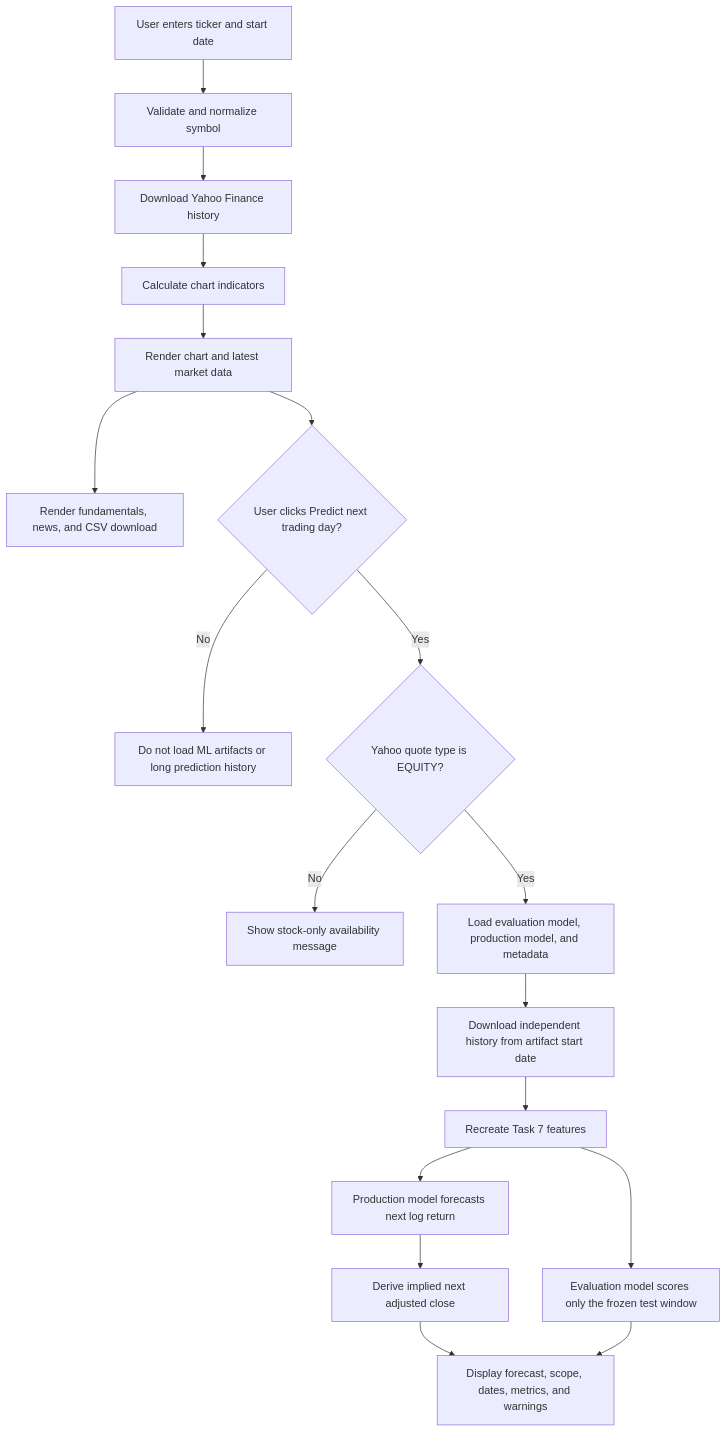
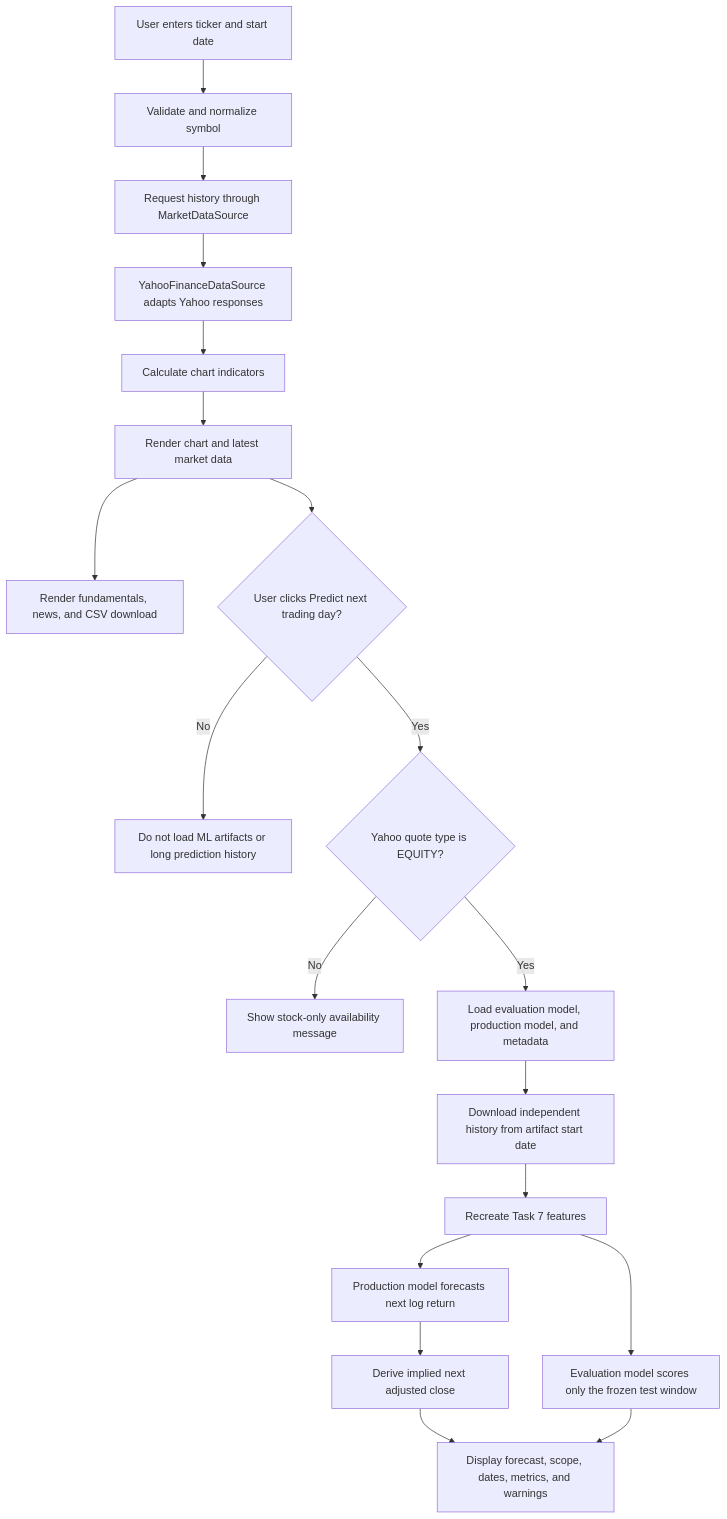
One commit to LS2422/Financial-Dashboard changed the diagram in APP_HANDOVER.md. Above: the diagram before and after it, drawn with Mermaid. The commit also changed other lines of this file, not shown here.

First line of the commit message:
docs: document logging and market data interfaces

````diff
--- a/APP_HANDOVER.md
+++ b/APP_HANDOVER.md
@@ -69,20 +87,21 @@
 ```mermaid
 flowchart TD
     A["User enters ticker and start date"] --> B["Validate and normalize symbol"]
-    B --> C["Download Yahoo Finance history"]
-    C --> D["Calculate chart indicators"]
+    B --> C["Request history through MarketDataSource"]
+    C --> C1["YahooFinanceDataSource adapts Yahoo responses"]
+    C1 --> D["Calculate chart indicators"]
     D --> E["Render chart and latest market data"]
     E --> F["Render fundamentals, news, and CSV download"]
     E --> G{"User clicks Predict next trading day?"}
     G -- No --> H["Do not load ML artifacts or long prediction history"]
     G -- Yes --> I{"Yahoo quote type is EQUITY?"}
     I -- No --> J["Show stock-only availability message"]
     I -- Yes --> K["Load evaluation model, production model, and metadata"]
     K --> L["Download independent history from artifact start date"]
     L --> M["Recreate Task 7 features"]
     M --> N["Production model forecasts next log return"]
     N --> O["Derive implied next adjusted close"]
     M --> P["Evaluation model scores only the frozen test window"]
     O --> Q["Display forecast, scope, dates, metrics, and warnings"]
     P --> Q
 ```
````
